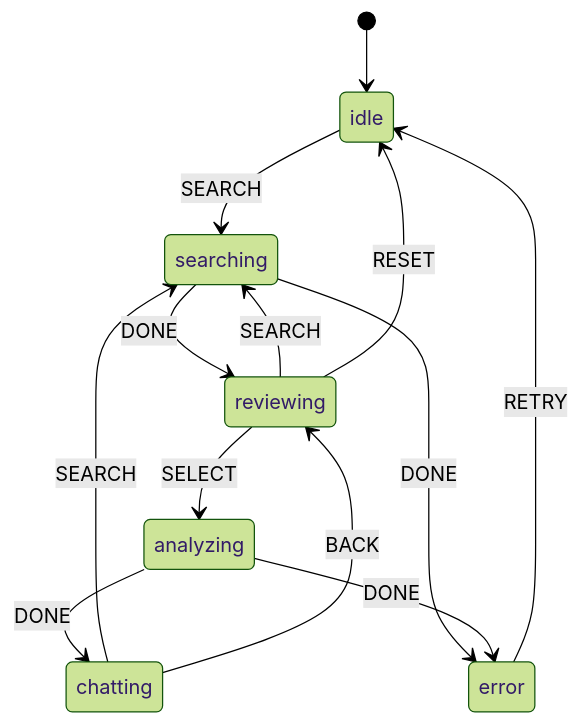
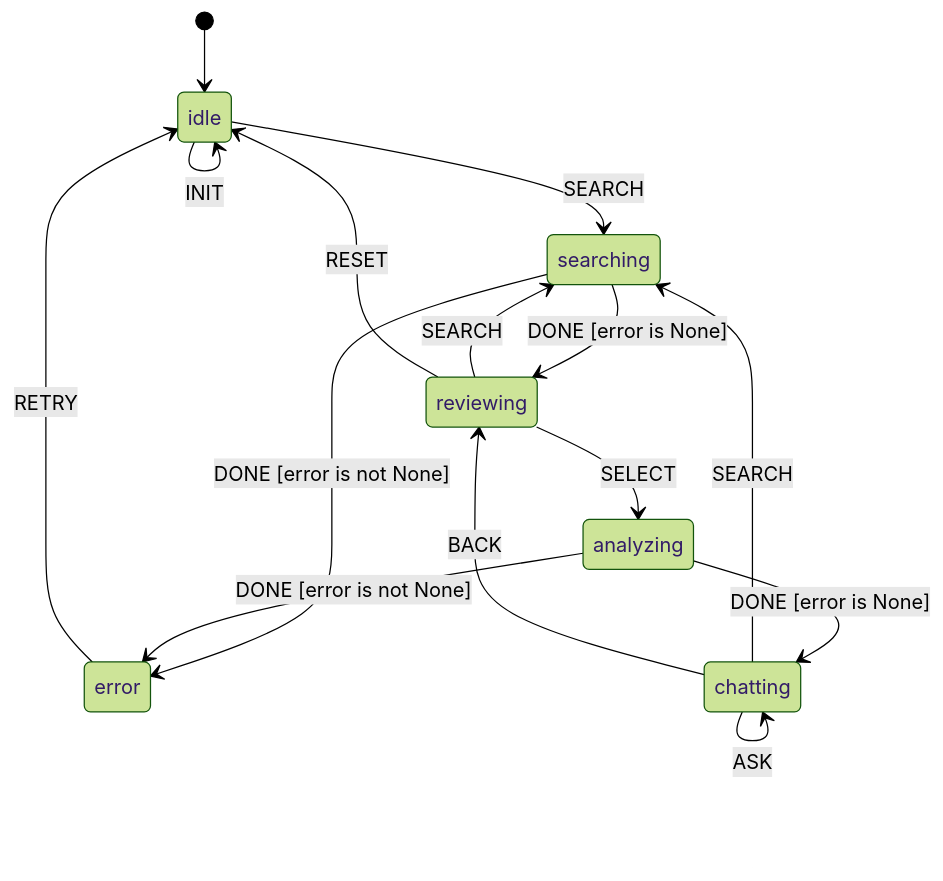
Before and after one commit to rhCat/lpp: the diagram in utils/scholar_chat/README.md, drawn with Mermaid (forest theme). The commit also changed 136 other files, not shown here.

Commit message:
feat: more detail graph

````diff
--- a/utils/scholar_chat/README.md
+++ b/utils/scholar_chat/README.md
@@ -7,23 +7,18 @@
 ```mermaid
 stateDiagram-v2
+    %% L++ State Diagram: Scholar Chatbot
     [*] --> idle
-
-    idle: idle
-    searching: searching
-    reviewing: reviewing
-    analyzing: analyzing
-    chatting: chatting
-    error: error
-
-    idle --> searching: SEARCH
-    searching --> reviewing: DONE
-    searching --> error: DONE
-    reviewing --> searching: SEARCH
-    reviewing --> analyzing: SELECT
-    analyzing --> chatting: DONE
-    analyzing --> error: DONE
-    chatting --> searching: SEARCH
-    chatting --> reviewing: BACK
-    reviewing --> idle: RESET
-    error --> idle: RETRY
+    idle --> idle : INIT
+    idle --> searching : SEARCH
+    searching --> reviewing : DONE [error is None]
+    searching --> error : DONE [error is not None]
+    reviewing --> searching : SEARCH
+    reviewing --> analyzing : SELECT
+    analyzing --> chatting : DONE [error is None]
+    analyzing --> error : DONE [error is not None]
+    chatting --> chatting : ASK
+    chatting --> searching : SEARCH
+    chatting --> reviewing : BACK
+    reviewing --> idle : RESET
+    error --> idle : RETRY
 ```
````
